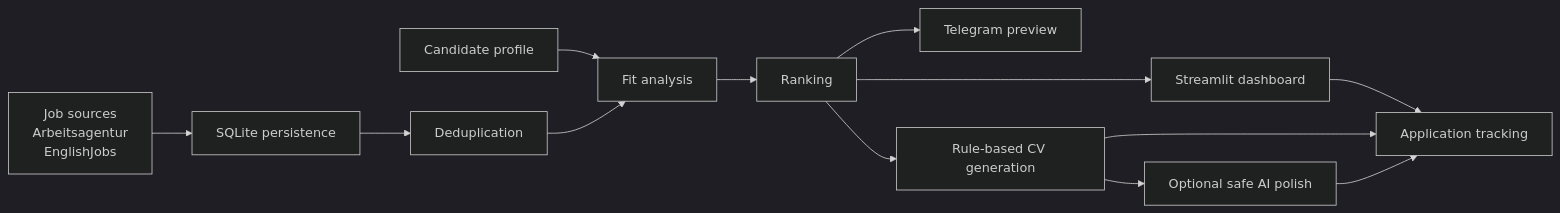
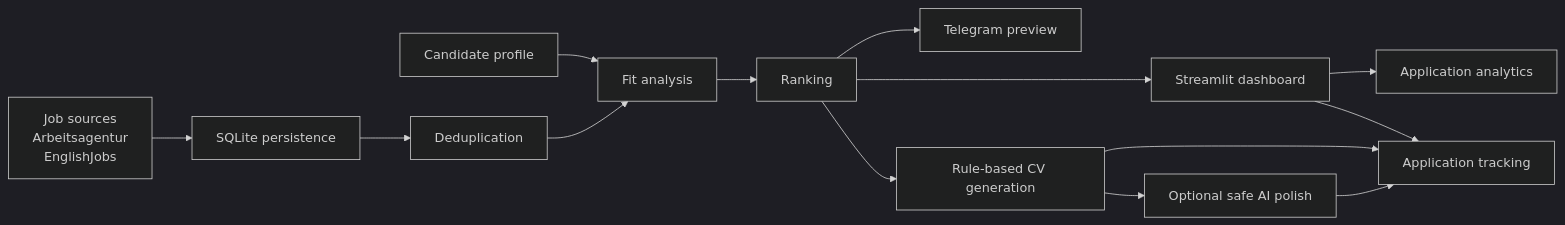
Before and after one commit to de-himanshu19/AI_JOB_HUNT_PLATFORM: the first of 2 diagrams in README.md, drawn with Mermaid (dark theme). The commit also changed other lines of this file and 12 other files, not shown here.

Commit message:
feat: add application analytics dashboard

````diff
--- a/README.md
+++ b/README.md
@@ -34,15 +34,16 @@
 ```mermaid
 flowchart LR
     Profile["Candidate profile"] --> Analysis["Fit analysis"]
     Sources["Job sources<br/>Arbeitsagentur<br/>EnglishJobs"] --> SQLite["SQLite persistence"]
     SQLite --> Dedup["Deduplication"]
     Dedup --> Analysis
     Analysis --> Ranking["Ranking"]
     Ranking --> Dashboard["Streamlit dashboard"]
     Ranking --> Notify["Telegram preview"]
     Ranking --> CV["Rule-based CV generation"]
+    Dashboard --> Analytics["Application analytics"]
     Dashboard --> Tracking["Application tracking"]
     CV --> Tracking
     CV --> AI["Optional safe AI polish"]
     AI --> Tracking
 ```
````
